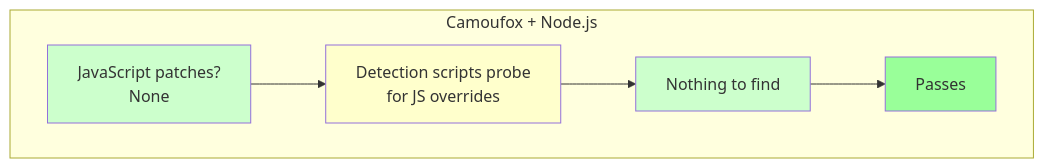
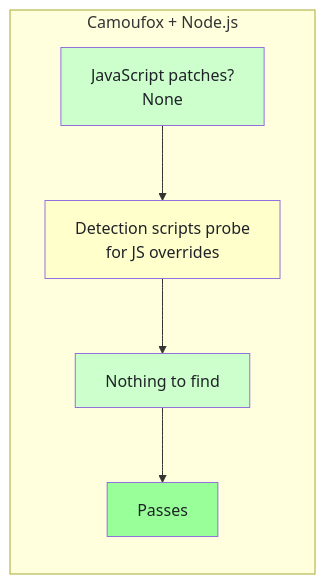
One commit to bytetunnels/bytetunnels.github.com changed the fifth of 6 diagrams in _posts/2026-02-15-camoufox-with-javascript-browser-automation-without-detection.md. Above: the diagram before and after it, drawn with Mermaid. The commit also changed other lines of this file and 118 other files, not shown here.

Commit message:
feat: improve diagram styling and compact wide flowcharts

````diff
--- a/_posts/2026-02-15-camoufox-with-javascript-browser-automation-without-detection.md
+++ b/_posts/2026-02-15-camoufox-with-javascript-browser-automation-without-detection.md
@@ -501,13 +507,14 @@
 ```mermaid
 graph TD
     subgraph "Camoufox + Node.js"
-        A["JavaScript patches?<br>None"] --> B["Detection scripts probe<br>for JS overrides"]
+        direction TB
+        A["JavaScript patches?<br/>None"] --> B["Detection scripts probe<br/>for JS overrides"]
         B --> C["Nothing to find"]
         C --> D["Passes"]
     end
 
-    style A fill:#ccffcc
-    style B fill:#ffffcc
-    style C fill:#ccffcc
-    style D fill:#99ff99
+    style A fill:#ccffcc,color:#1f2328
+    style B fill:#ffffcc,color:#1f2328
+    style C fill:#ccffcc,color:#1f2328
+    style D fill:#99ff99,color:#1f2328
 ```
````
